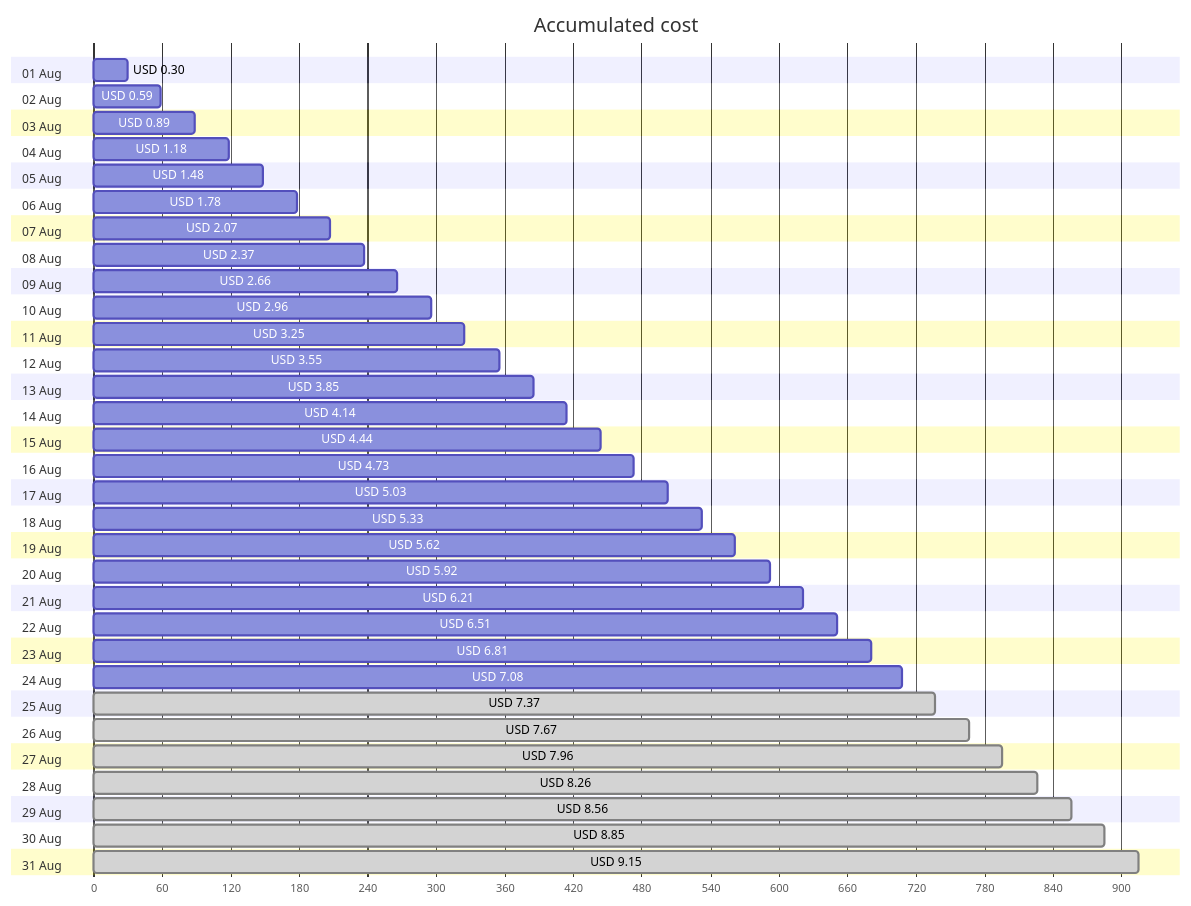
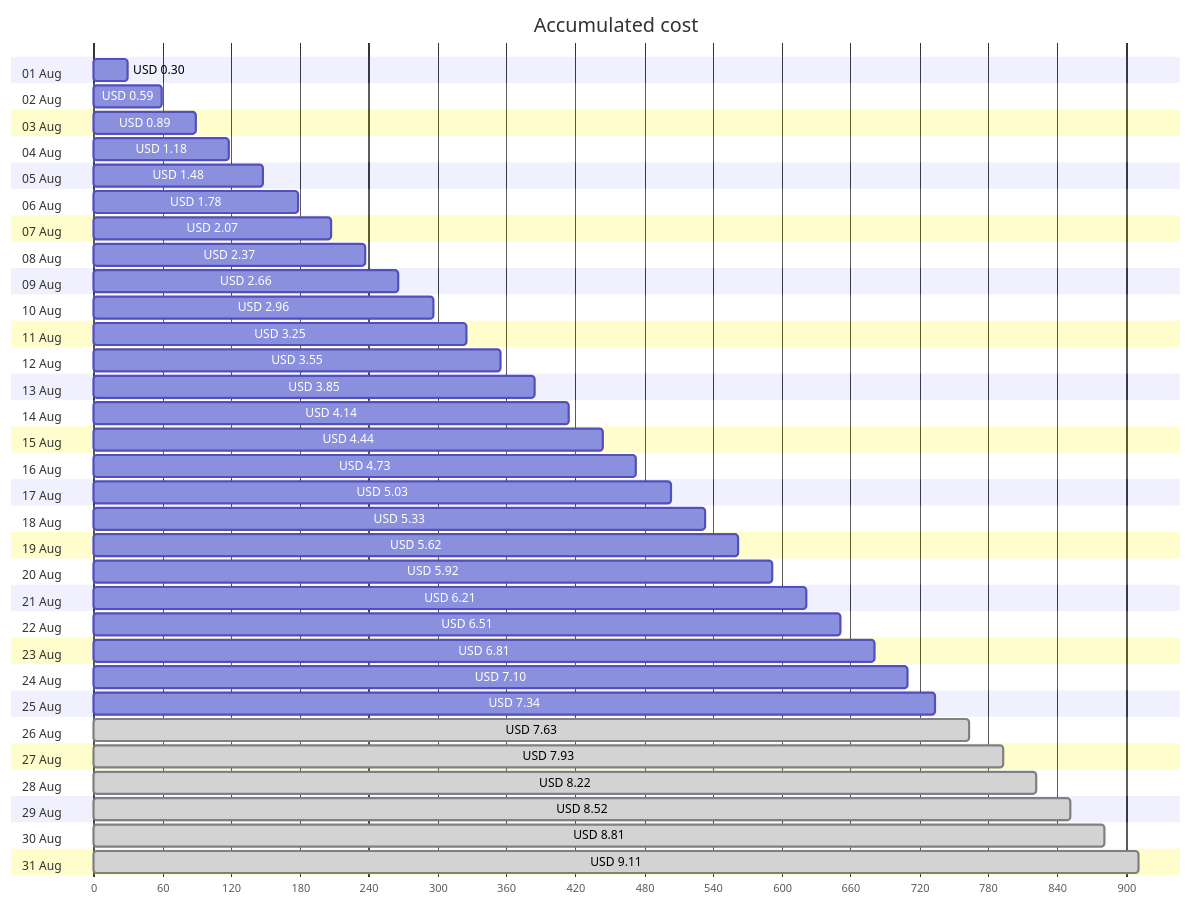
The first of 4 diagrams in cost-reports/personal-site/personal-site-preview.md (jpfulton/azure-personal-reports), drawn with Mermaid before and after one commit. The commit also changed other lines of this file and 6 other files, not shown here.

````diff
--- a/cost-reports/personal-site/personal-site-preview.md
+++ b/cost-reports/personal-site/personal-site-preview.md
@@ -20,68 +20,68 @@
 ```mermaid
 gantt
    title Accumulated cost
    dateFormat  X
    axisFormat %s
    section 01 Aug
    USD 0.30 :0, 30
    section 02 Aug
    USD 0.59 :0, 59
    section 03 Aug
    USD 0.89 :0, 89
    section 04 Aug
    USD 1.18 :0, 118
    section 05 Aug
    USD 1.48 :0, 148
    section 06 Aug
    USD 1.78 :0, 178
    section 07 Aug
    USD 2.07 :0, 207
    section 08 Aug
    USD 2.37 :0, 237
    section 09 Aug
    USD 2.66 :0, 266
    section 10 Aug
    USD 2.96 :0, 296
    section 11 Aug
    USD 3.25 :0, 325
    section 12 Aug
    USD 3.55 :0, 355
    section 13 Aug
    USD 3.85 :0, 385
    section 14 Aug
    USD 4.14 :0, 414
    section 15 Aug
    USD 4.44 :0, 444
    section 16 Aug
    USD 4.73 :0, 473
    section 17 Aug
    USD 5.03 :0, 503
    section 18 Aug
    USD 5.33 :0, 533
    section 19 Aug
    USD 5.62 :0, 562
    section 20 Aug
    USD 5.92 :0, 592
    section 21 Aug
    USD 6.21 :0, 621
    section 22 Aug
    USD 6.51 :0, 651
    section 23 Aug
    USD 6.81 :0, 681
    section 24 Aug
-   USD 7.08 :0, 708
+   USD 7.10 :0, 710
    section 25 Aug
-   USD 7.37 : done, 0, 737
+   USD 7.34 :0, 734
    section 26 Aug
-   USD 7.67 : done, 0, 767
+   USD 7.63 : done, 0, 763
    section 27 Aug
-   USD 7.96 : done, 0, 796
+   USD 7.93 : done, 0, 793
    section 28 Aug
-   USD 8.26 : done, 0, 826
+   USD 8.22 : done, 0, 822
    section 29 Aug
-   USD 8.56 : done, 0, 856
+   USD 8.52 : done, 0, 852
    section 30 Aug
-   USD 8.85 : done, 0, 885
+   USD 8.81 : done, 0, 881
    section 31 Aug
-   USD 9.15 : done, 0, 915
+   USD 9.11 : done, 0, 911
 ```
````
